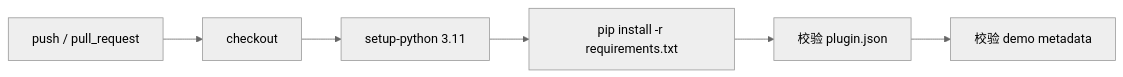
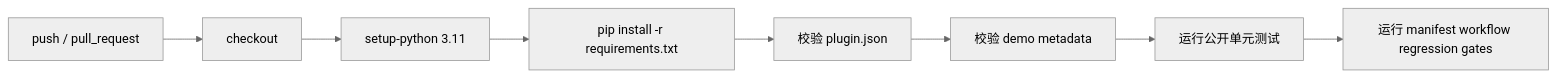
Before and after one commit to dabaige53/RealAnalyst: the diagram in .github/workflows/README.md, drawn with Mermaid (neutral theme). The commit also changed other lines of this file and 97 other files, not shown here.

Commit message:
feat(jobs): add manifest-led workflow outputs

````diff
--- a/.github/workflows/README.md
+++ b/.github/workflows/README.md
@@ -10,8 +10,10 @@
 ```mermaid
 flowchart LR
     Push[push / pull_request] --> Checkout[checkout]
     Checkout --> Py[setup-python 3.11]
     Py --> Install[pip install -r requirements.txt]
     Install --> Manifest[校验 plugin.json]
     Manifest --> Metadata[校验 demo metadata]
+    Metadata --> UnitTests[运行公开单元测试]
+    UnitTests --> Regression[运行 manifest workflow regression gates]
 ```
````
